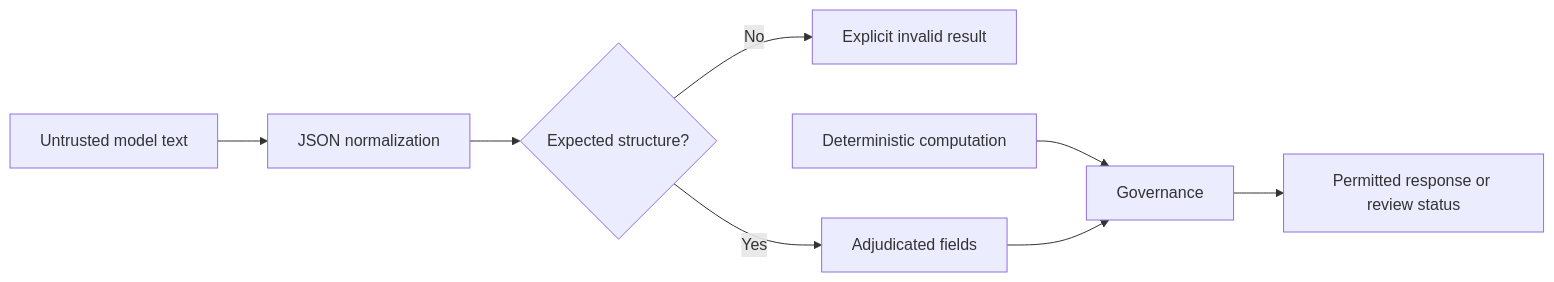
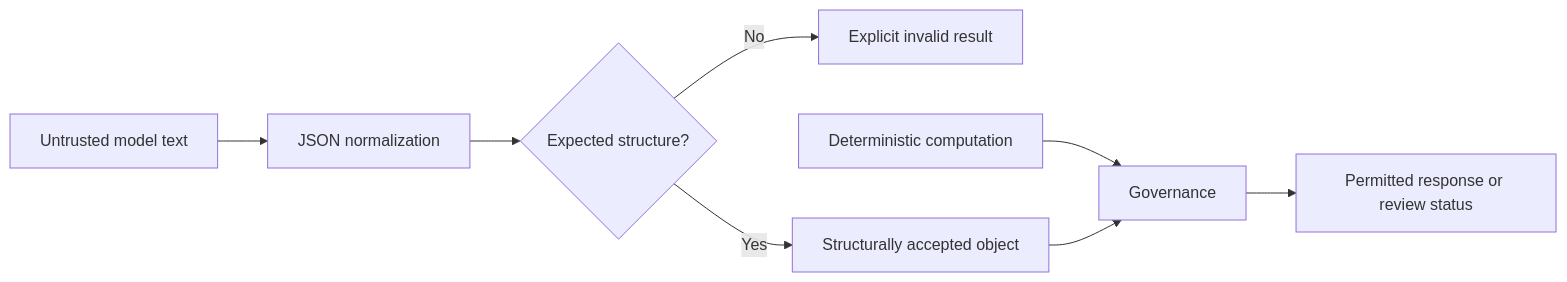
One commit to mdlewis365/carter-synthetic-os changed the diagram in docs/SAL.md. Above: the diagram before and after it, drawn with Mermaid. The commit also changed other lines of this file and 39 other files, not shown here.

````diff
--- a/docs/SAL.md
+++ b/docs/SAL.md
@@ -27,10 +33,10 @@
 ```mermaid
 flowchart LR
     U[Untrusted model text] --> N[JSON normalization]
     N --> V{Expected structure?}
     V -- No --> F[Explicit invalid result]
-    V -- Yes --> A[Adjudicated fields]
+    V -- Yes --> A[Structurally accepted object]
     D[Deterministic computation] --> G[Governance]
     A --> G
     G --> R[Permitted response or review status]
 ```
````
